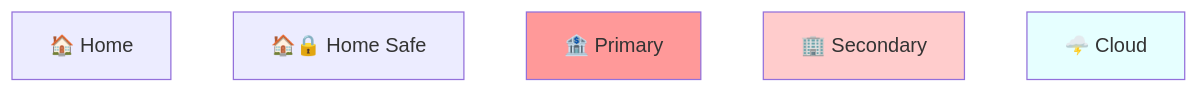
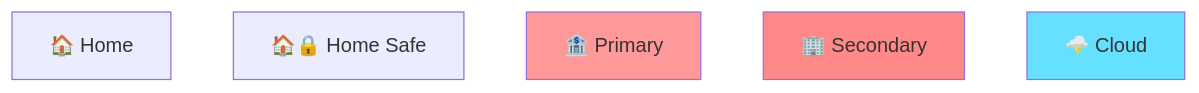
The fourth of 26 diagrams in Docs/Scenario-Multisig.md (BlockchainCommons/SmartCustody), drawn with Mermaid before and after one commit.

````diff
--- a/Docs/Scenario-Multisig.md
+++ b/Docs/Scenario-Multisig.md
@@ -214,12 +214,12 @@
 ```mermaid
     graph BT;
     A["🏠 Home"]
     B["🏠🔒 Home Safe"]
     C["🏦 Primary"]
     D["🏢 Secondary"]
     E["🌩️ Cloud"]
     
 style C fill:#ff9999;
-style D fill:#ffcccc;
-style E fill:#e6ffff;
+style D fill:#ff8888;
+style E fill:#66e0ff;
 ```
````
